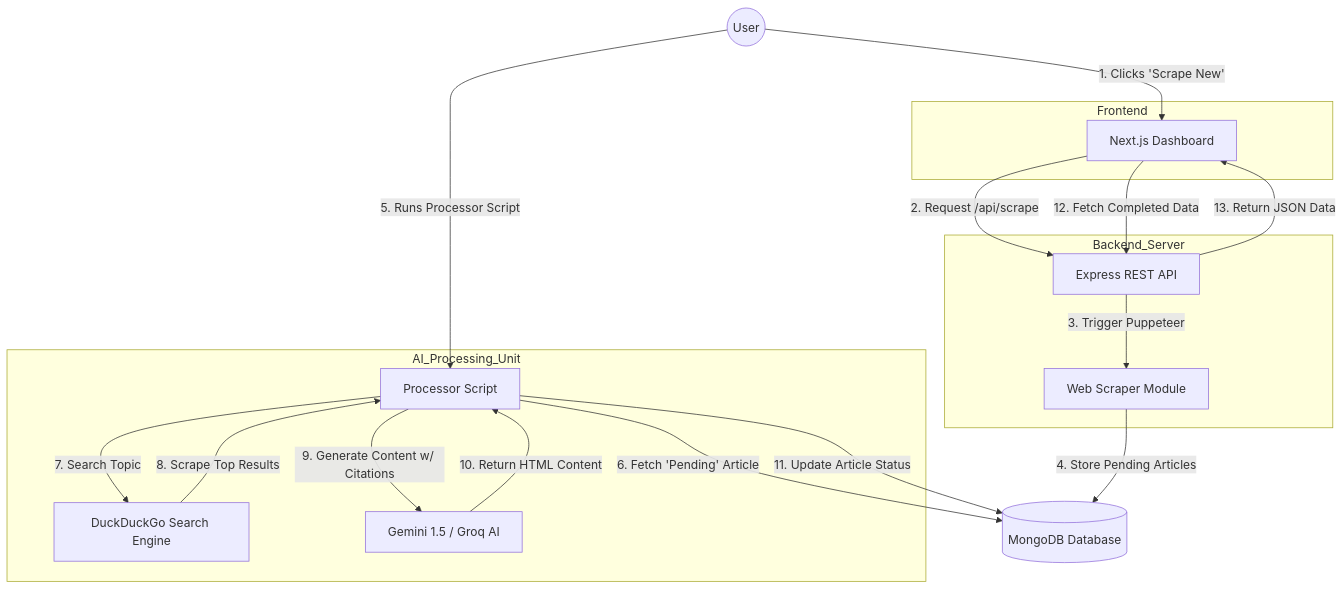
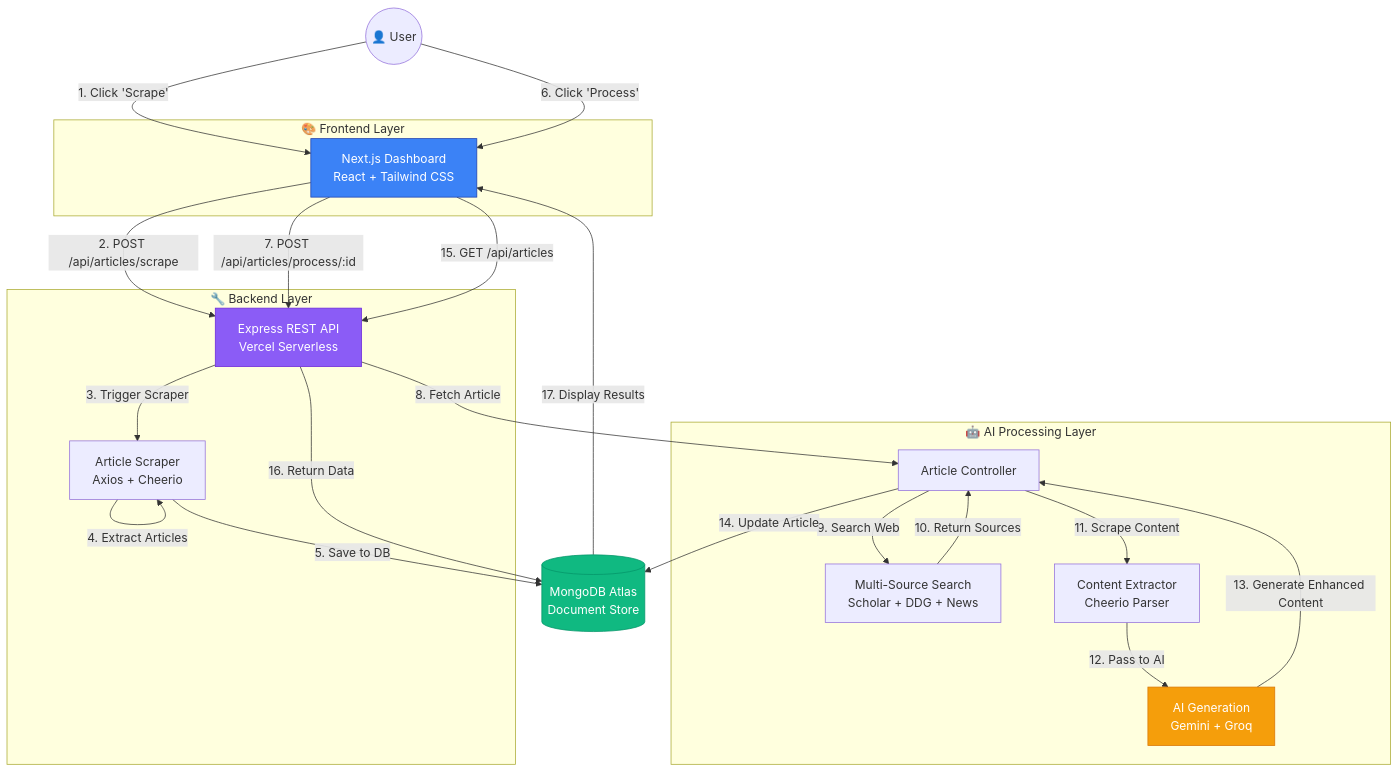
Before and after one commit to LakshyaVerma123kl/beyondchats: the diagram in README.md, drawn with Mermaid. The commit also changed other lines of this file and 2 other files, not shown here.

````diff
--- a/README.md
+++ b/README.md
@@ -22,36 +75,45 @@
 ```mermaid
 graph TD
-    subgraph Frontend
-    UI[Next.js Dashboard]
+    subgraph "🎨 Frontend Layer"
+        UI[Next.js Dashboard<br/>React + Tailwind CSS]
     end
 
-    subgraph Backend_Server
-    API[Express REST API]
-    Scraper[Web Scraper Module]
+    subgraph "🔧 Backend Layer"
+        API[Express REST API<br/>Vercel Serverless]
+        Scraper[Article Scraper<br/>Axios + Cheerio]
     end
 
-    subgraph AI_Processing_Unit
-    Script[Processor Script]
-    Search[DuckDuckGo Search Engine]
-    LLM[Gemini 1.5 / Groq AI]
+    subgraph "🤖 AI Processing Layer"
+        Controller[Article Controller]
+        Search[Multi-Source Search<br/>Scholar + DDG + News]
+        Extract[Content Extractor<br/>Cheerio Parser]
+        AI[AI Generation<br/>Gemini + Groq]
     end
 
-    DB[(MongoDB Database)]
+    DB[(MongoDB Atlas<br/>Document Store)]
 
-    %% Flows
-    User((User)) -->|1. Clicks 'Scrape New'| UI
-    UI -->|2. Request /api/scrape| API
-    API -->|3. Trigger Puppeteer| Scraper
-    Scraper -->|4. Store Pending Articles| DB
+    User((👤 User)) -->|1. Click 'Scrape'| UI
+    UI -->|2. POST /api/articles/scrape| API
+    API -->|3. Trigger Scraper| Scraper
+    Scraper -->|4. Extract Articles| Scraper
+    Scraper -->|5. Save to DB| DB
 
-    User -->|5. Runs Processor Script| Script
-    Script -->|6. Fetch 'Pending' Article| DB
-    Script -->|7. Search Topic| Search
-    Search -->|8. Scrape Top Results| Script
-    Script -->|9. Generate Content w/ Citations| LLM
-    LLM -->|10. Return HTML Content| Script
-    Script -->|11. Update Article Status| DB
+    User -->|6. Click 'Process'| UI
+    UI -->|7. POST /api/articles/process/:id| API
+    API -->|8. Fetch Article| Controller
+    Controller -->|9. Search Web| Search
+    Search -->|10. Return Sources| Controller
+    Controller -->|11. Scrape Content| Extract
+    Extract -->|12. Pass to AI| AI
+    AI -->|13. Generate Enhanced Content| Controller
+    Controller -->|14. Update Article| DB
 
-    UI -->|12. Fetch Completed Data| API
-    API -->|13. Return JSON Data| UI
+    UI -->|15. GET /api/articles| API
+    API -->|16. Return Data| DB
+    DB -->|17. Display Results| UI
+
+    style UI fill:#3b82f6,stroke:#1e40af,color:#fff
+    style API fill:#8b5cf6,stroke:#6d28d9,color:#fff
+    style DB fill:#10b981,stroke:#059669,color:#fff
+    style AI fill:#f59e0b,stroke:#d97706,color:#fff
 ```
````
